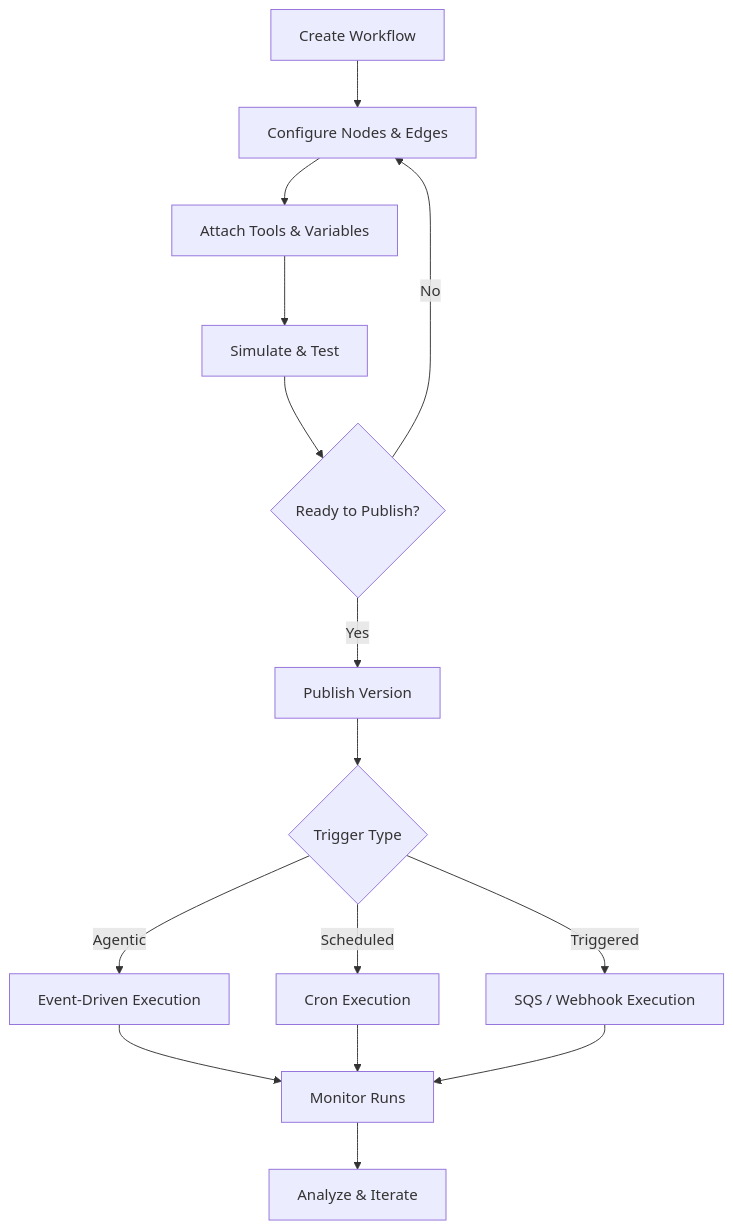
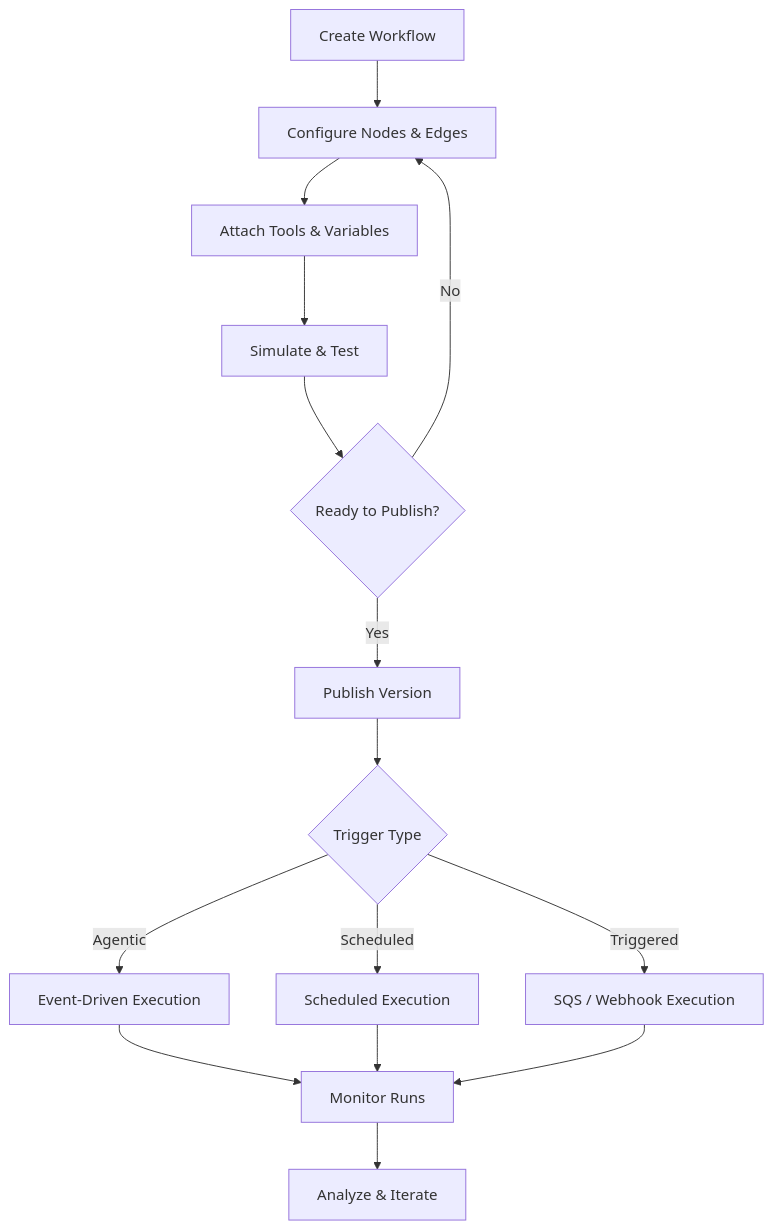
Before and after one commit to Interactly/docs: the diagram in workflows/introduction.mdx, drawn with Mermaid. The commit also changed other lines of this file and 12 other files, not shown here.

````diff
--- a/workflows/introduction.mdx
+++ b/workflows/introduction.mdx
@@ -107,17 +107,17 @@
 ```mermaid
 graph TD
     A[Create Workflow] --> B[Configure Nodes & Edges]
     B --> C[Attach Tools & Variables]
     C --> D[Simulate & Test]
     D --> E{Ready to Publish?}
     E -->|No| B
     E -->|Yes| F[Publish Version]
     F --> G{Trigger Type}
     G -->|Agentic| H[Event-Driven Execution]
-    G -->|Scheduled| I[Cron Execution]
+    G -->|Scheduled| I[Scheduled Execution]
     G -->|Triggered| J[SQS / Webhook Execution]
     H --> K[Monitor Runs]
     I --> K
     J --> K
     K --> L[Analyze & Iterate]
 ```
````
